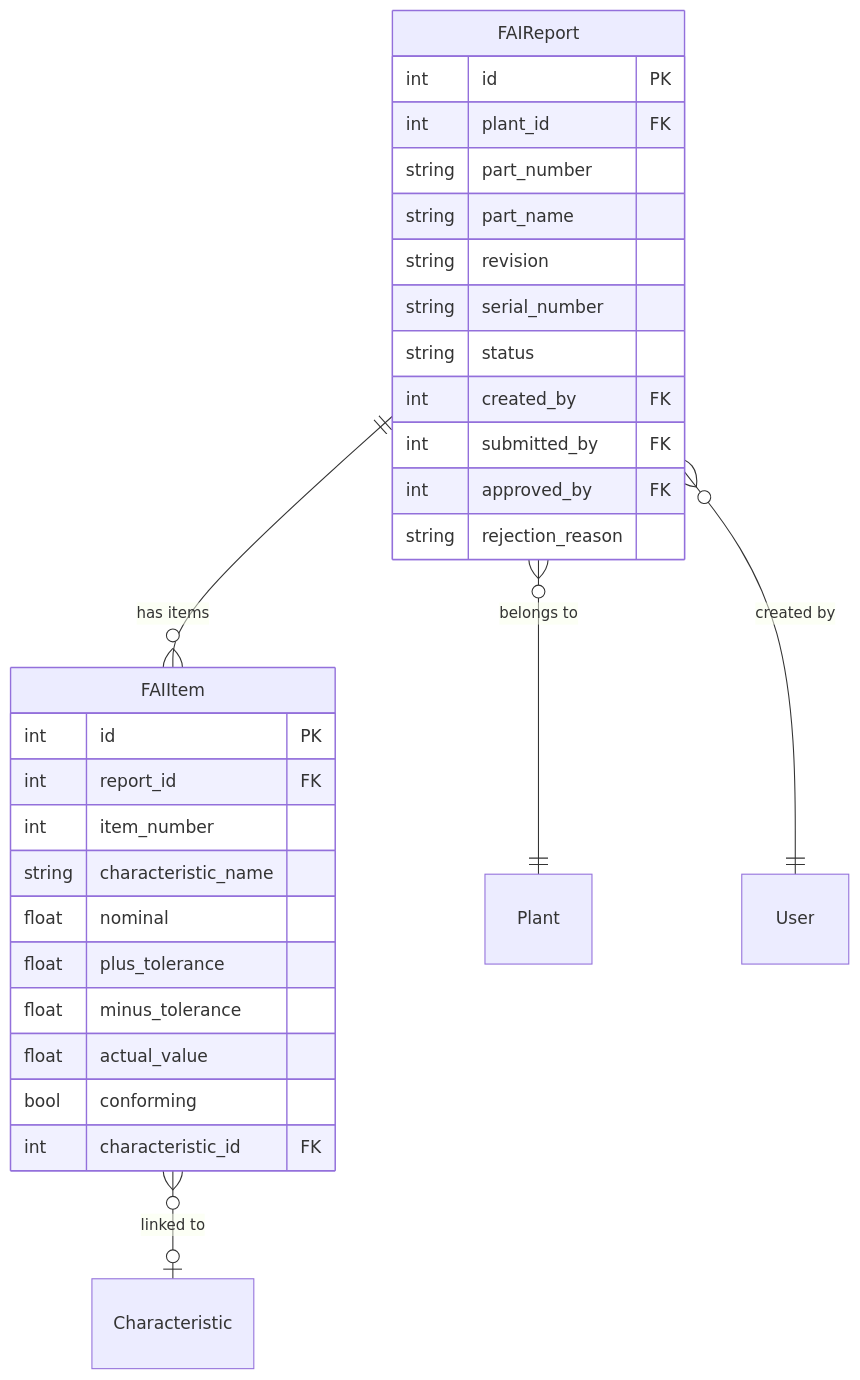
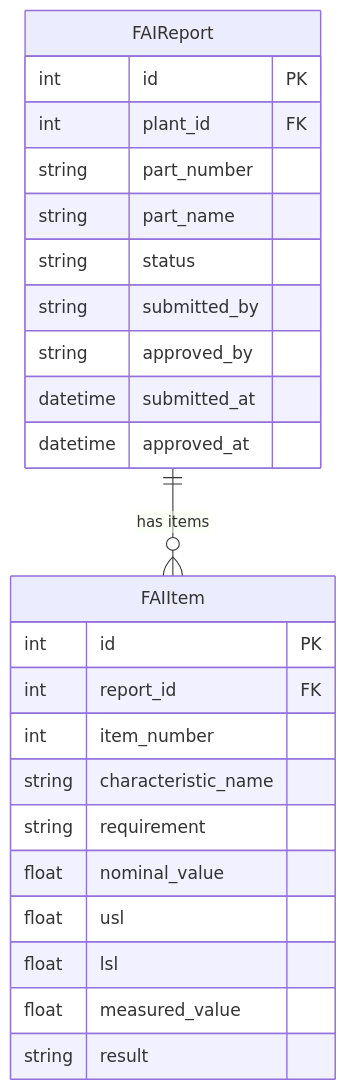
One commit to saturnis-io/cassini changed the second of 2 diagrams in .knowledge/features/fai.md. Above: the diagram before and after it, drawn with Mermaid. The commit also changed other lines of this file and 15 other files, not shown here.

Commit message:
knowledge-graph: regenerate

````diff
--- a/.knowledge/features/fai.md
+++ b/.knowledge/features/fai.md
@@ -31,32 +26,27 @@
 ```mermaid
 erDiagram
     FAIReport ||--o{ FAIItem : "has items"
-    FAIReport }o--|| Plant : "belongs to"
-    FAIReport }o--|| User : "created by"
-    FAIItem }o--o| Characteristic : "linked to"
     FAIReport {
         int id PK
         int plant_id FK
         string part_number
         string part_name
-        string revision
-        string serial_number
         string status
-        int created_by FK
-        int submitted_by FK
-        int approved_by FK
-        string rejection_reason
+        string submitted_by
+        string approved_by
+        datetime submitted_at
+        datetime approved_at
     }
     FAIItem {
         int id PK
         int report_id FK
         int item_number
         string characteristic_name
-        float nominal
-        float plus_tolerance
-        float minus_tolerance
-        float actual_value
-        bool conforming
-        int characteristic_id FK
+        string requirement
+        float nominal_value
+        float usl
+        float lsl
+        float measured_value
+        string result
     }
 ```
````
